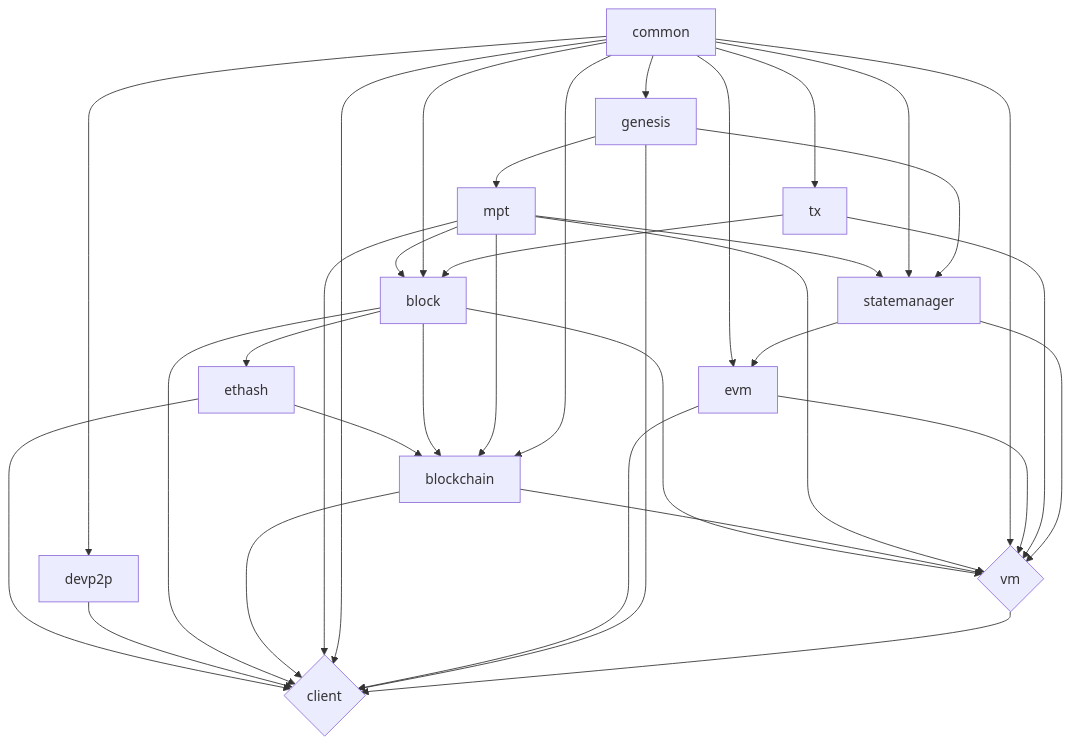
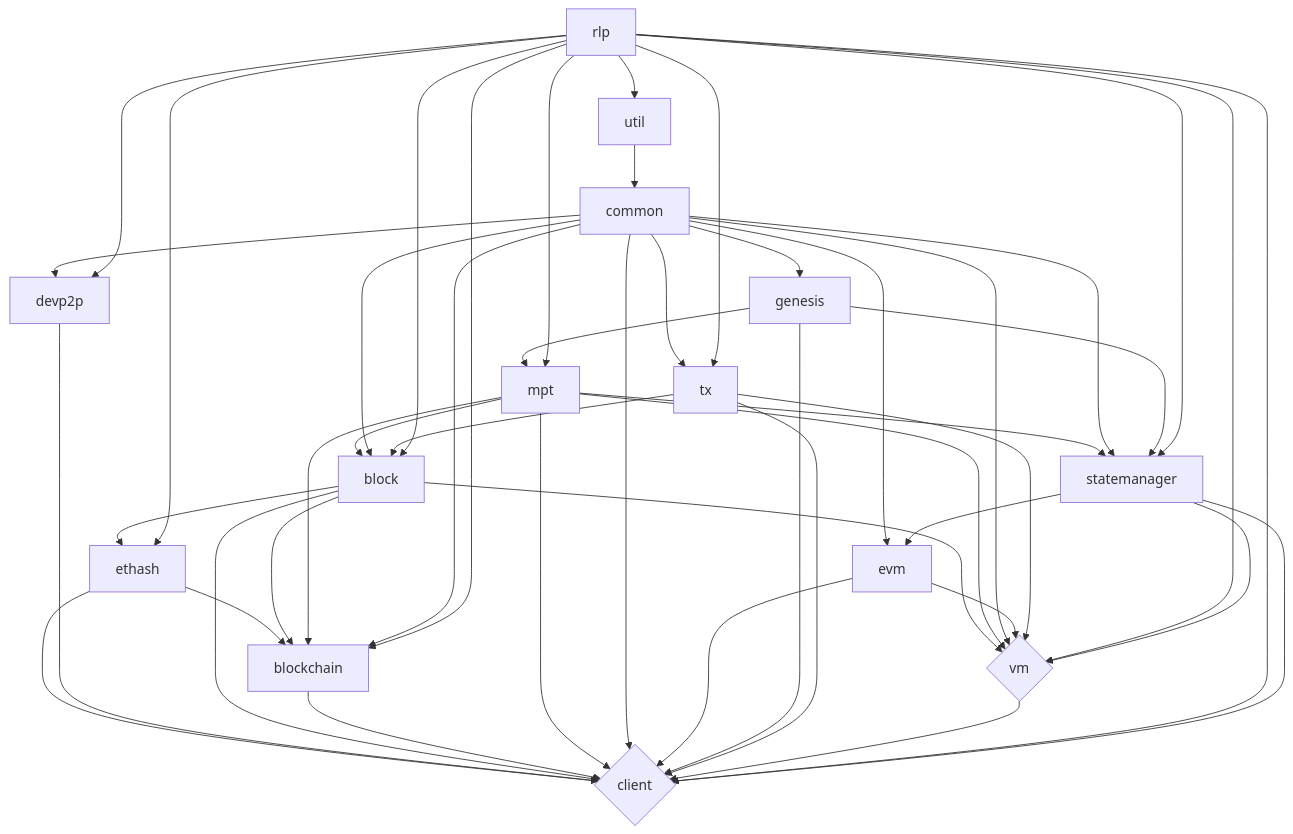
The diagram in README.md (ethereumjs/ethereumjs-monorepo), drawn with Mermaid before and after one commit.

Commit message:
readme: correct all package deps

````diff
--- a/README.md
+++ b/README.md
@@ -64,38 +64,50 @@
 ```mermaid
  graph TD
    vm{vm}
    client{client}
    ethash --> blockchain
    ethash --> client
    devp2p --> client
    block --> client
    block --> blockchain
    block --> ethash
    block --> vm
    blockchain --> client
-   blockchain --> vm
    mpt --> client
    mpt --> vm
    mpt --> blockchain
    mpt --> block
    mpt --> statemanager
+   util --> common
    common --> block
    common --> statemanager
    common --> tx
    common --> blockchain
    common --> vm
    common --> evm
    common --> client
    common --> devp2p
    common --> genesis
    evm --> vm
    evm --> client
    genesis --> client
    genesis --> statemanager
    genesis --> mpt
    tx --> block
    tx --> vm
+   tx --> client
    vm --> client
+   rlp --> vm
+   rlp --> util
+   rlp --> tx
+   rlp --> statemanager
+   rlp --> mpt
+   rlp --> ethash
+   rlp --> devp2p
+   rlp --> client
+   rlp --> blockchain
+   rlp --> block
    statemanager --> evm
    statemanager --> vm
+   statemanager --> client
 ```
````
